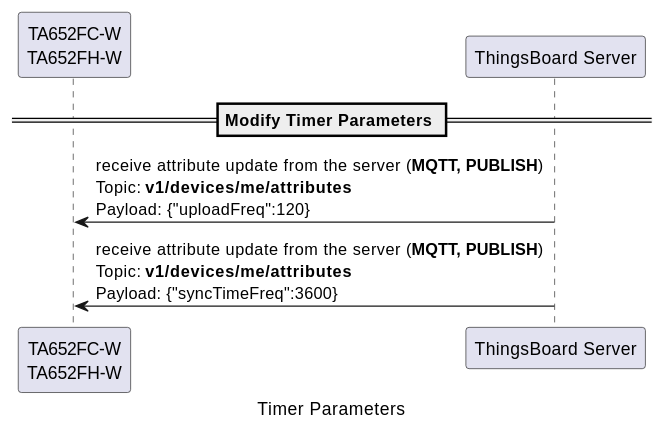
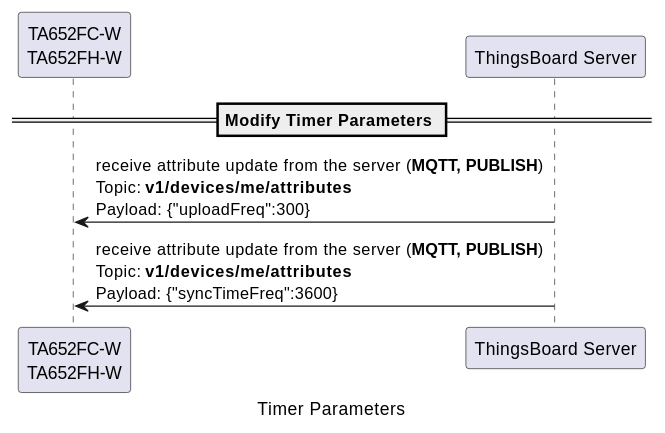
Diagram 12 of 17 in docs/device/ta652fc-w/ta652fc-w-mqtt-api.rst (avantec-iot/avantec-thingsboard), drawn with PlantUML before and after one commit. The commit also changed other lines of this file and 1 other file, not shown here.

Commit message:
uploadFreq, a shared attributes, deault value is 300 seconds

```diff
--- a/docs/device/ta652fc-w/ta652fc-w-mqtt-api.rst
+++ b/docs/device/ta652fc-w/ta652fc-w-mqtt-api.rst
@@ -797,10 +797,10 @@
   .. uml::
 
     caption  Timer Parameters
 
     participant "TA652FC-W\nTA652FH-W" as TBDev order 10
     participant "ThingsBoard Server"  as TBSrv order 20 
 
     == Modify Timer Parameters ==
-    TBDev  <-  TBSrv: receive attribute update from the server (**MQTT, PUBLISH**) \nTopic: **v1/devices/me/attributes** \nPayload: {"uploadFreq":120}
+    TBDev  <-  TBSrv: receive attribute update from the server (**MQTT, PUBLISH**) \nTopic: **v1/devices/me/attributes** \nPayload: {"uploadFreq":300}
     TBDev  <-  TBSrv: receive attribute update from the server (**MQTT, PUBLISH**) \nTopic: **v1/devices/me/attributes** \nPayload: {"syncTimeFreq":3600}
```
